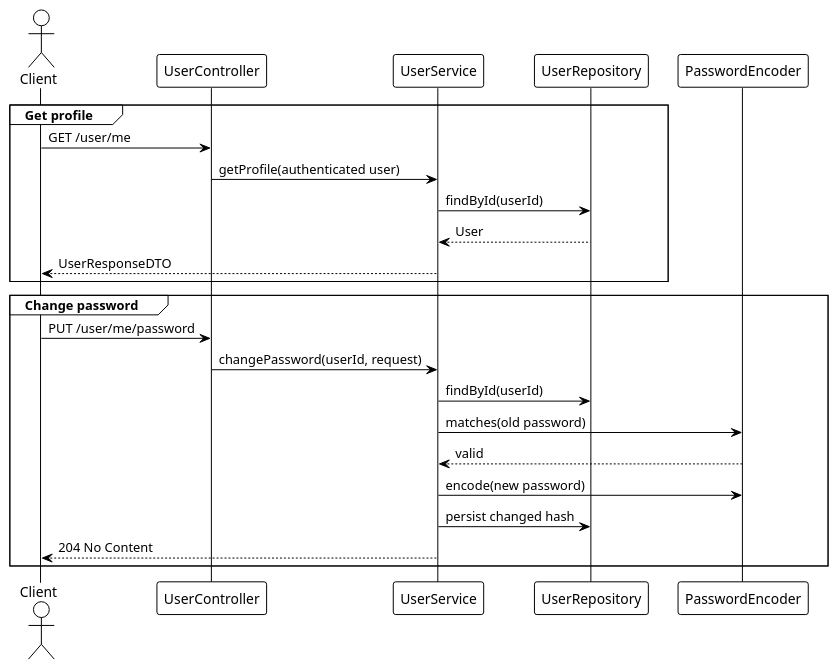
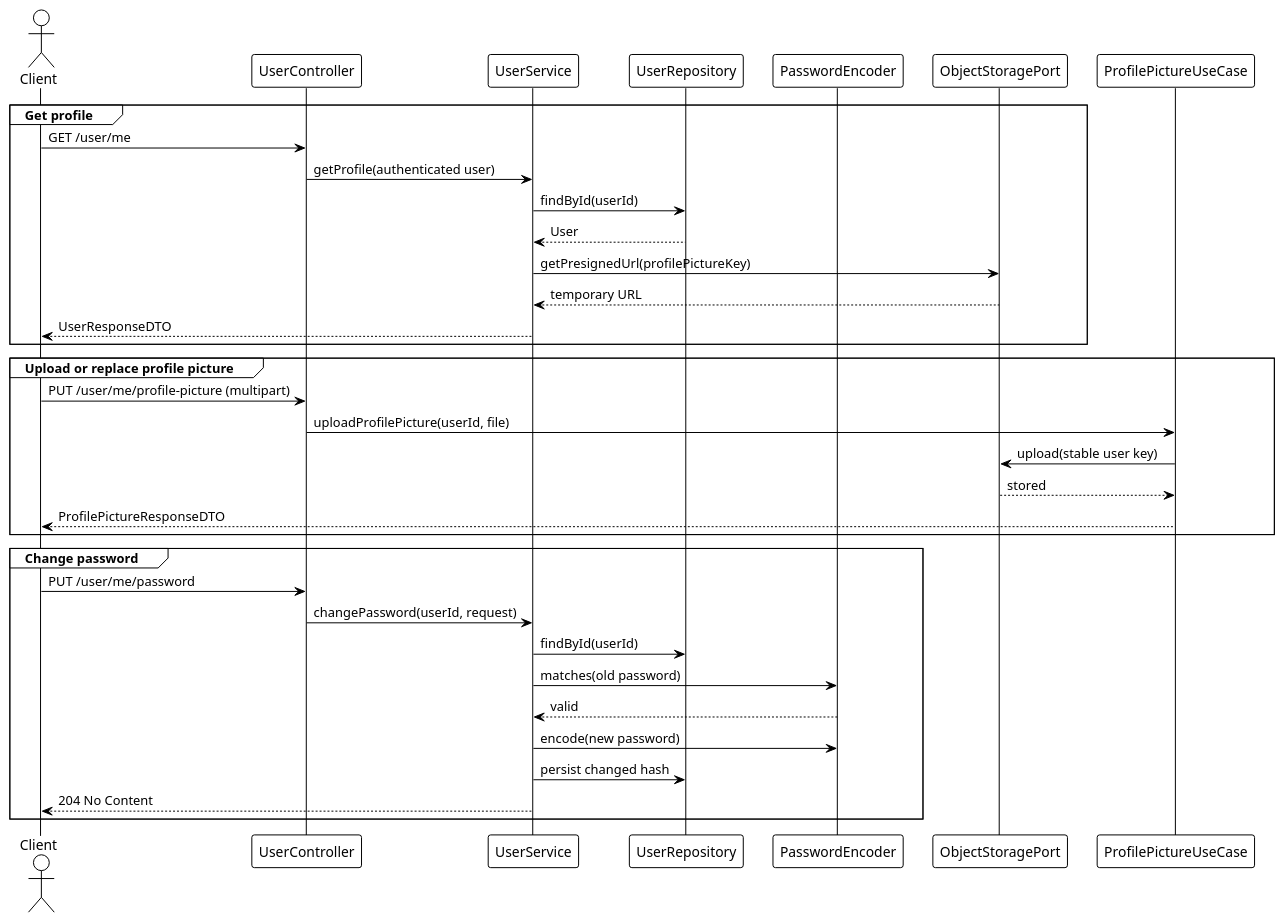
The diagram in docs/user/user-sequence.puml (genesshoan/fitness-tracker-api), drawn with PlantUML before and after one commit. The commit also changed 7 other files, not shown here.

First line of the commit message:
docs: update user profile picture documentation

```diff
--- a/docs/user/user-sequence.puml
+++ b/docs/user/user-sequence.puml
@@ -1,27 +1,38 @@
 @startuml
 !theme plain
 actor Client
 participant UserController
 participant UserService
 participant UserRepository
 participant PasswordEncoder
+participant ObjectStoragePort
 
 group Get profile
   Client -> UserController : GET /user/me
   UserController -> UserService : getProfile(authenticated user)
   UserService -> UserRepository : findById(userId)
   UserRepository --> UserService : User
+  UserService -> ObjectStoragePort : getPresignedUrl(profilePictureKey)
+  ObjectStoragePort --> UserService : temporary URL
   UserService --> Client : UserResponseDTO
+end
+
+group Upload or replace profile picture
+  Client -> UserController : PUT /user/me/profile-picture (multipart)
+  UserController -> ProfilePictureUseCase : uploadProfilePicture(userId, file)
+  ProfilePictureUseCase -> ObjectStoragePort : upload(stable user key)
+  ObjectStoragePort --> ProfilePictureUseCase : stored
+  ProfilePictureUseCase --> Client : ProfilePictureResponseDTO
 end
 
 group Change password
   Client -> UserController : PUT /user/me/password
   UserController -> UserService : changePassword(userId, request)
   UserService -> UserRepository : findById(userId)
   UserService -> PasswordEncoder : matches(old password)
   PasswordEncoder --> UserService : valid
   UserService -> PasswordEncoder : encode(new password)
   UserService -> UserRepository : persist changed hash
   UserService --> Client : 204 No Content
 end
 @enduml
```
